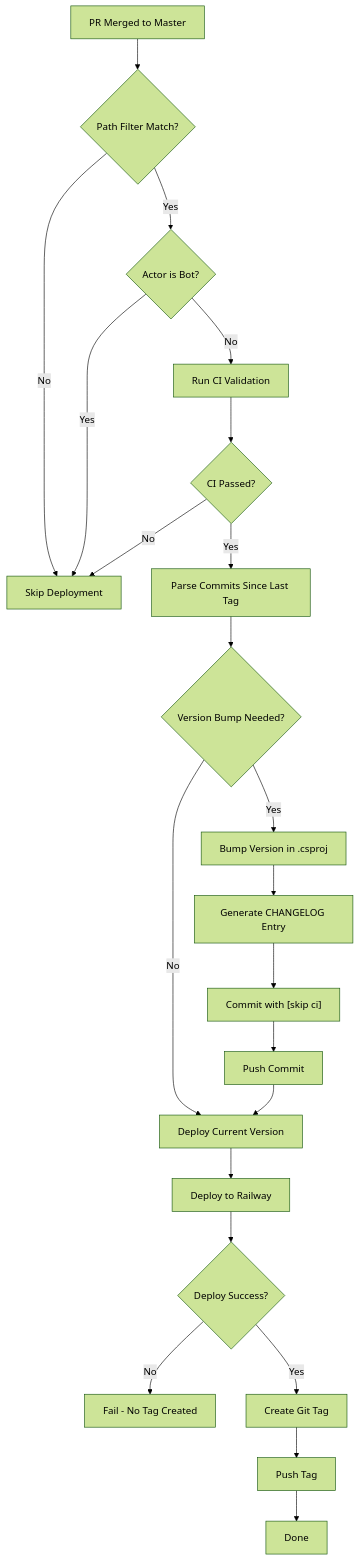
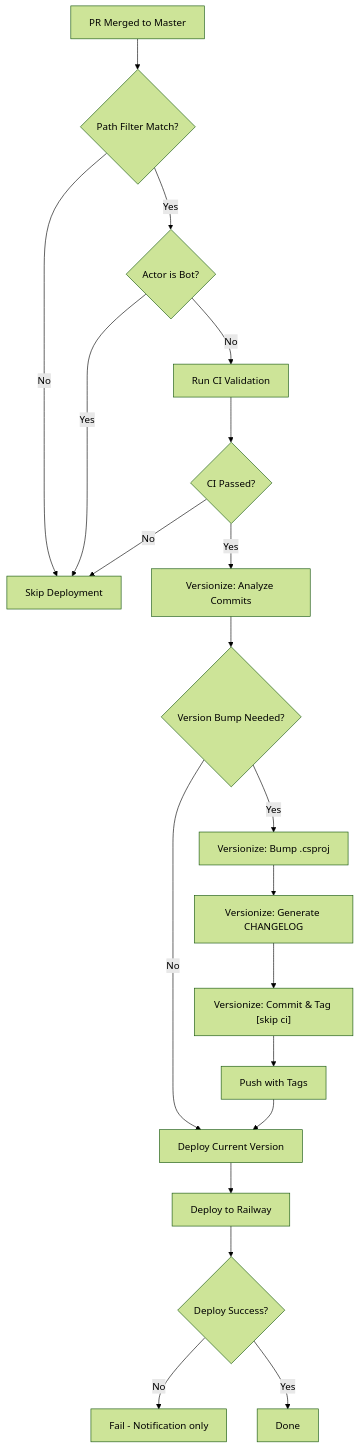
One commit to lxfactorl/mono-repo changed the diagram in openspec/changes/add-continuous-delivery/design.md. Above: the diagram before and after it, drawn with Mermaid (forest theme). The commit also changed other lines of this file and 3 other files, not shown here.

````diff
--- a/openspec/changes/add-continuous-delivery/design.md
+++ b/openspec/changes/add-continuous-delivery/design.md
@@ -8,24 +8,22 @@
 ```mermaid
 flowchart TD
     A[PR Merged to Master] --> B{Path Filter Match?}
     B -->|No| Z[Skip Deployment]
     B -->|Yes| C{Actor is Bot?}
     C -->|Yes| Z
     C -->|No| D[Run CI Validation]
     D --> E{CI Passed?}
     E -->|No| Z
-    E -->|Yes| F[Parse Commits Since Last Tag]
+    E -->|Yes| F[Versionize: Analyze Commits]
     F --> G{Version Bump Needed?}
     G -->|No| H[Deploy Current Version]
-    G -->|Yes| I[Bump Version in .csproj]
-    I --> J[Generate CHANGELOG Entry]
-    J --> K["Commit with [skip ci]"]
-    K --> L[Push Commit]
+    G -->|Yes| I[Versionize: Bump .csproj]
+    I --> J[Versionize: Generate CHANGELOG]
+    J --> K["Versionize: Commit & Tag [skip ci]"]
+    K --> L[Push with Tags]
     L --> H
     H --> M[Deploy to Railway]
     M --> N{Deploy Success?}
-    N -->|No| O[Fail - No Tag Created]
-    N -->|Yes| P[Create Git Tag]
-    P --> Q[Push Tag]
-    Q --> R[Done]
+    N -->|No| O[Fail - Notification only]
+    N -->|Yes| R[Done]
 ```
````
